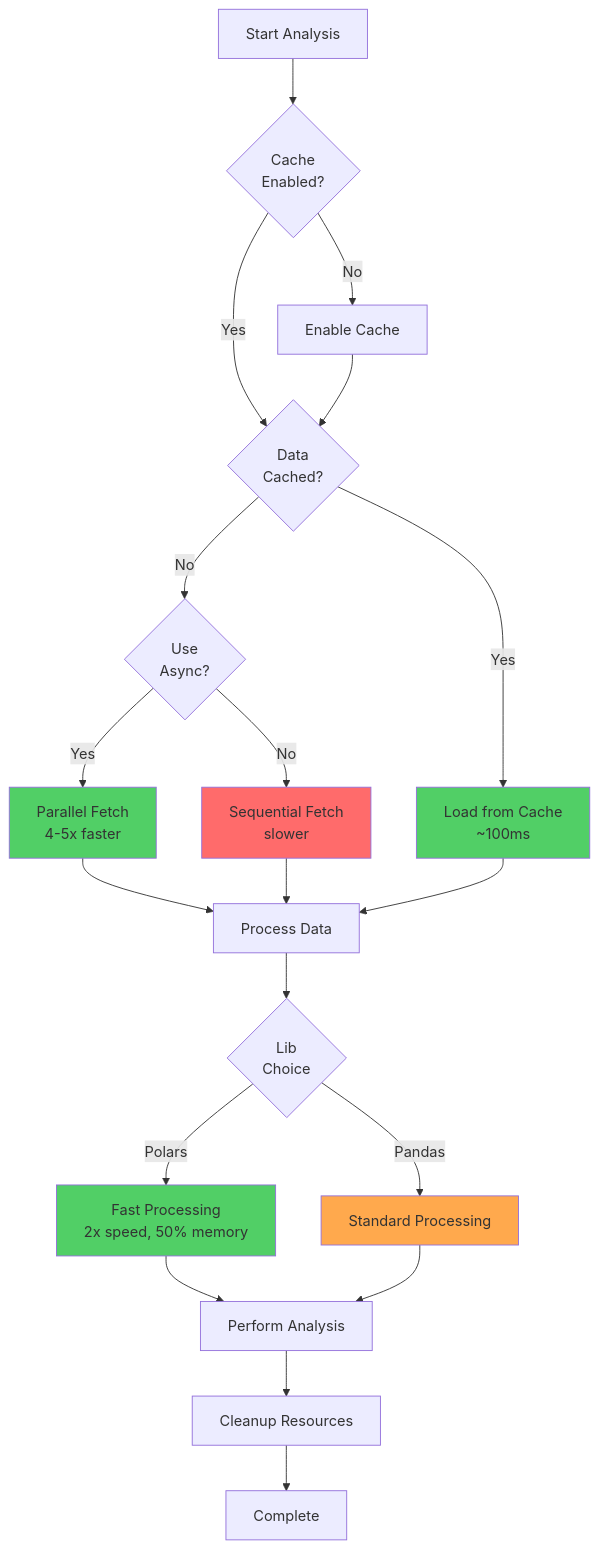
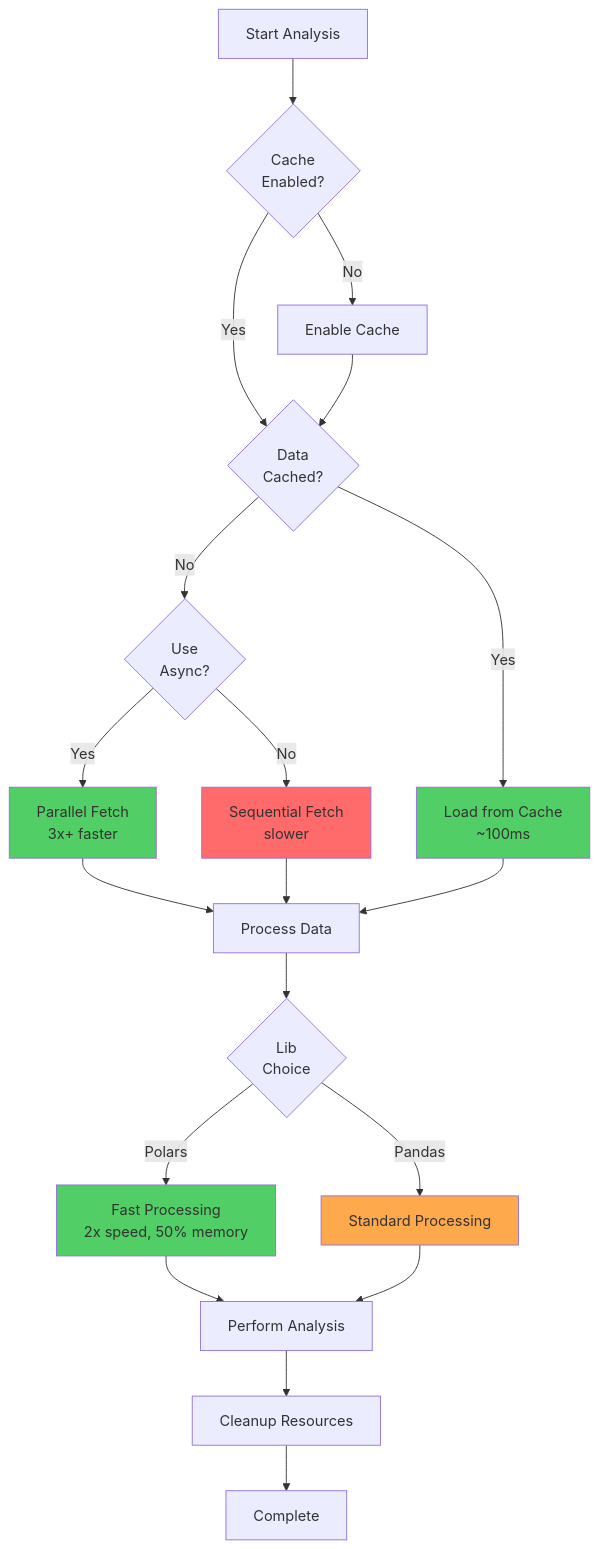
Before and after one commit to TracingInsights/tif1: the diagram in docs/guides/best-practices.mdx, drawn with Mermaid. The commit also changed other lines of this file and 64 other files, not shown here.

````diff
--- a/docs/guides/best-practices.mdx
+++ b/docs/guides/best-practices.mdx
@@ -20,33 +20,33 @@
 ```mermaid
 graph TD
     Start[Start Analysis] --> Cache{Cache<br/>Enabled?}
     Cache -->|Yes| CheckData{Data<br/>Cached?}
     Cache -->|No| EnableCache[Enable Cache]
     EnableCache --> CheckData
 
     CheckData -->|Yes| LoadFast[Load from Cache<br/>~100ms]
     CheckData -->|No| AsyncLoad{Use<br/>Async?}
 
-    AsyncLoad -->|Yes| ParallelFetch[Parallel Fetch<br/>4-5x faster]
+    AsyncLoad -->|Yes| ParallelFetch[Parallel Fetch<br/>3x+ faster]
     AsyncLoad -->|No| SequentialFetch[Sequential Fetch<br/>slower]
 
     ParallelFetch --> ProcessData[Process Data]
     SequentialFetch --> ProcessData
     LoadFast --> ProcessData
 
     ProcessData --> Lib{Lib<br/>Choice}
     Lib -->|Polars| FastProcess[Fast Processing<br/>2x speed, 50% memory]
     Lib -->|Pandas| StandardProcess[Standard Processing]
 
     FastProcess --> Analysis[Perform Analysis]
     StandardProcess --> Analysis
 
     Analysis --> Cleanup[Cleanup Resources]
     Cleanup --> End[Complete]
 
     style LoadFast fill:#51cf66
     style ParallelFetch fill:#51cf66
     style FastProcess fill:#51cf66
     style SequentialFetch fill:#ff6b6b
     style StandardProcess fill:#ffa94d
 ```
````
